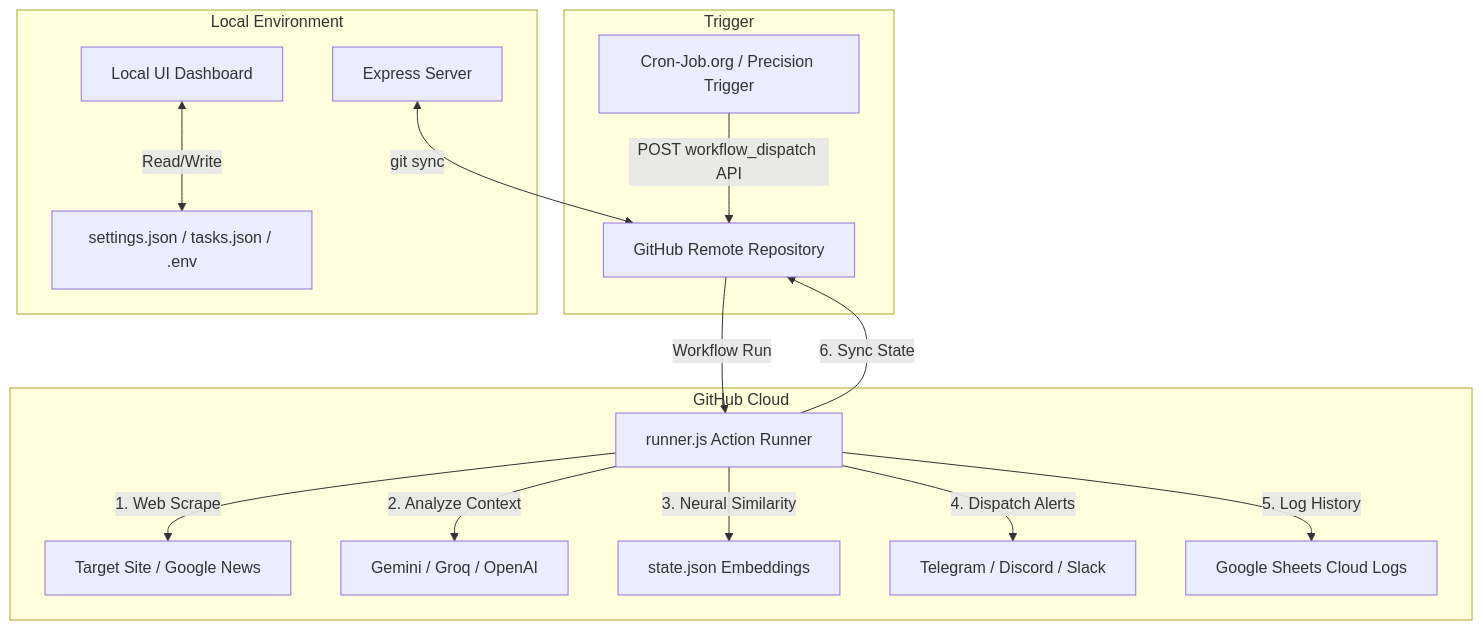
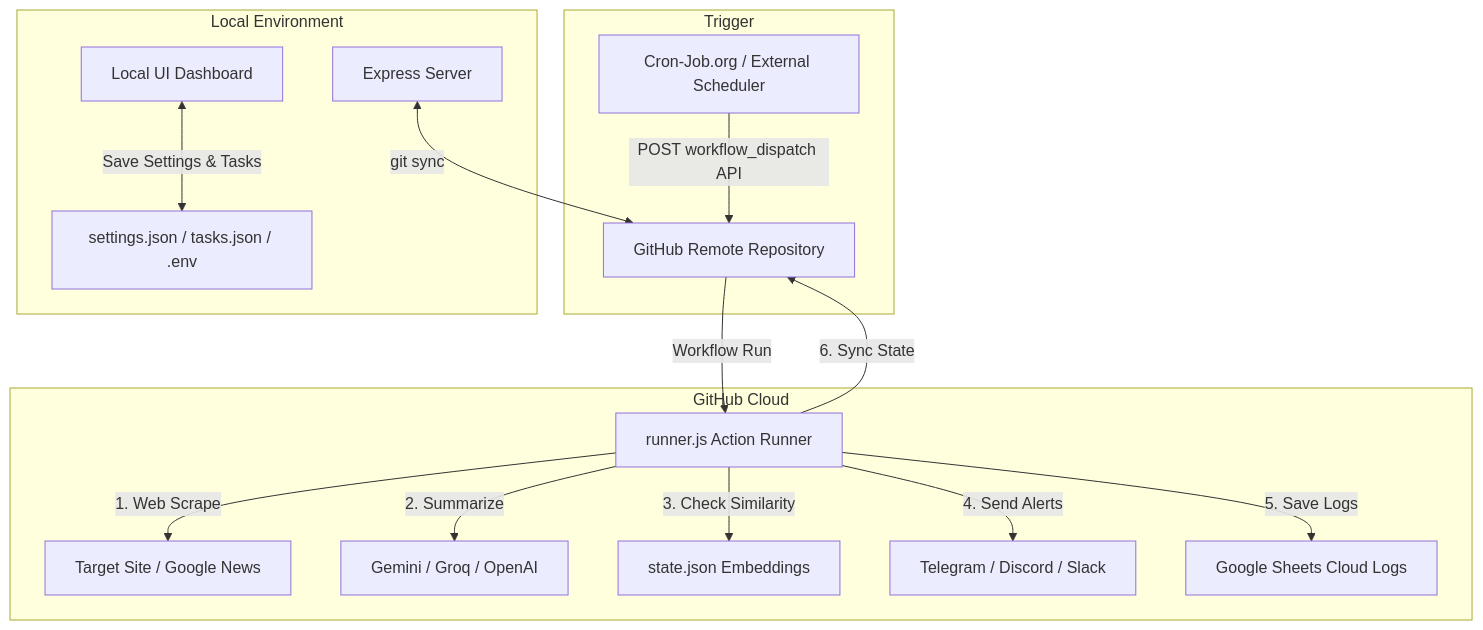
The diagram in README.md (gvanilkumar/telegram-cron-alerts), drawn with Mermaid before and after one commit. The commit also changed other lines of this file and 2 other files, not shown here.

````diff
--- a/README.md
+++ b/README.md
@@ -12,21 +16,21 @@
 ```mermaid
 graph TD
     subgraph Trigger
-        Cron[Cron-Job.org / Precision Trigger] -->|POST workflow_dispatch API| GitHub[GitHub Remote Repository]
+        Cron[Cron-Job.org / External Scheduler] -->|POST workflow_dispatch API| GitHub[GitHub Remote Repository]
     end
 
     subgraph Local Environment
-        UI[Local UI Dashboard] <-->|Read/Write| Configs[settings.json / tasks.json / .env]
+        UI[Local UI Dashboard] <-->|Save Settings & Tasks| Configs[settings.json / tasks.json / .env]
         Server[Express Server] <-->|git sync| GitHub
     end
 
     subgraph GitHub Cloud
         GitHub -->|Workflow Run| Runner[runner.js Action Runner]
         Runner -->|1. Web Scrape| Target[Target Site / Google News]
-        Runner -->|2. Analyze Context| LLM[Gemini / Groq / OpenAI]
-        Runner -->|3. Neural Similarity| State[state.json Embeddings]
-        Runner -->|4. Dispatch Alerts| Channels[Telegram / Discord / Slack]
-        Runner -->|5. Log History| Sheets[Google Sheets Cloud Logs]
+        Runner -->|2. Summarize| LLM[Gemini / Groq / OpenAI]
+        Runner -->|3. Check Similarity| State[state.json Embeddings]
+        Runner -->|4. Send Alerts| Channels[Telegram / Discord / Slack]
+        Runner -->|5. Save Logs| Sheets[Google Sheets Cloud Logs]
         Runner -->|6. Sync State| GitHub
     end
 ```
````
